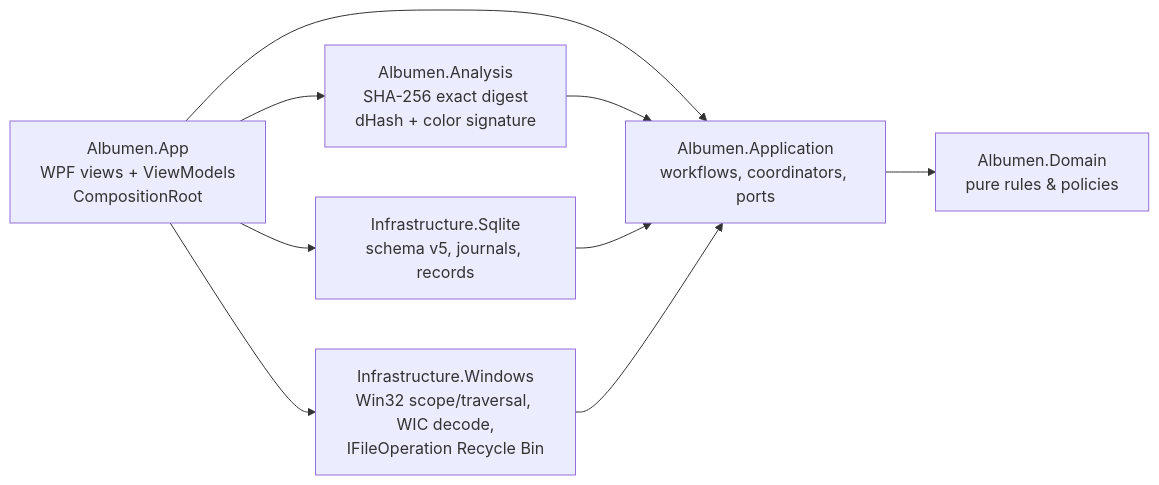
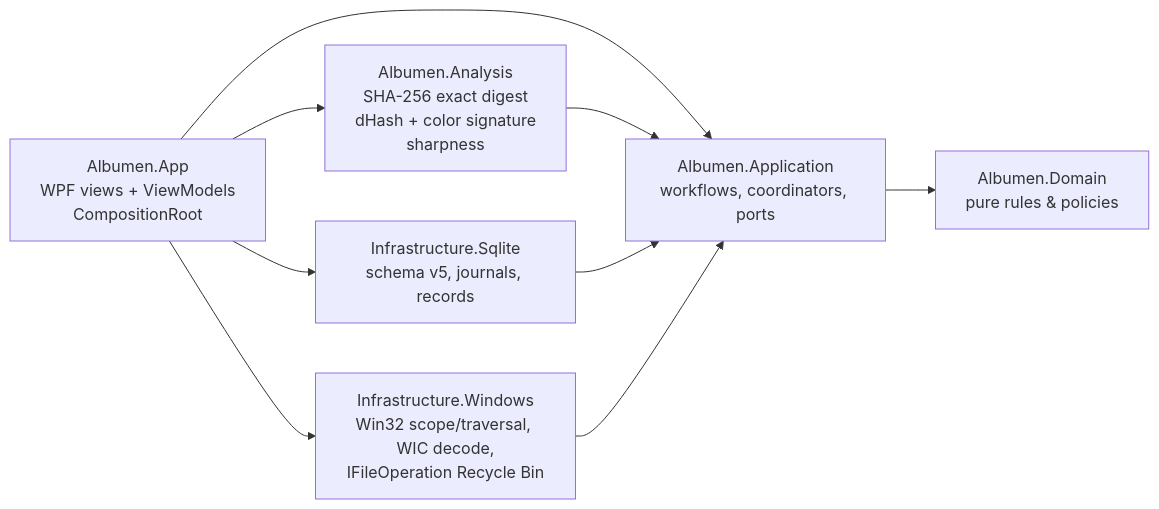
The first of 2 diagrams in docs/HOW-IT-WORKS.md (IgalFridman-dev/Albumen), drawn with Mermaid before and after one commit. The commit also changed other lines of this file, not shown here.

Commit message:
docs: record the E3-S3 blur design, scope and open checks
Claude-Session: https://claude.ai/code/session_01RpesNAqKPNPeRwhXWMy4rd

````diff
--- a/docs/HOW-IT-WORKS.md
+++ b/docs/HOW-IT-WORKS.md
@@ -25,11 +25,11 @@
 ```mermaid
 flowchart LR
   App["Albumen.App<br/>WPF views + ViewModels<br/>CompositionRoot"] --> Application
   App --> Analysis
   App --> Sqlite
   App --> Windows
-  Analysis["Albumen.Analysis<br/>SHA-256 exact digest<br/>dHash + color signature"] --> Application
+  Analysis["Albumen.Analysis<br/>SHA-256 exact digest<br/>dHash + color signature<br/>sharpness"] --> Application
   Sqlite["Infrastructure.Sqlite<br/>schema v5, journals, records"] --> Application
   Windows["Infrastructure.Windows<br/>Win32 scope/traversal, WIC decode,<br/>IFileOperation Recycle Bin"] --> Application
   Application["Albumen.Application<br/>workflows, coordinators, ports"] --> Domain["Albumen.Domain<br/>pure rules & policies"]
 ```
````
